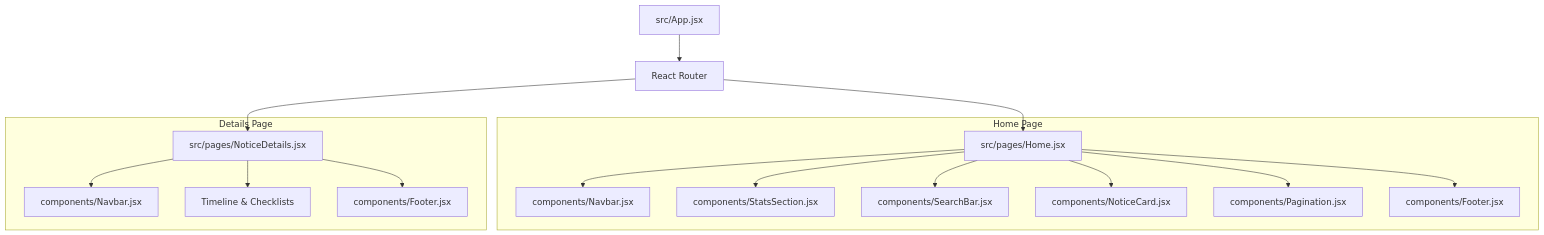
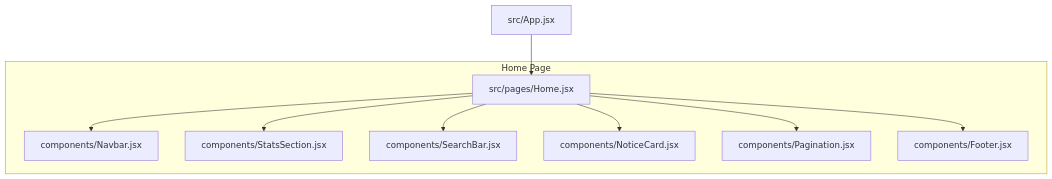
One commit to Harshita-Chy/Noice-AI_Notice_Summarizer changed the diagram in frontend/README.md. Above: the diagram before and after it, drawn with Mermaid. The commit also changed other lines of this file and 1 other file, not shown here.

Commit message:
docs: remove navigation from architecture diagrams

````diff
--- a/frontend/README.md
+++ b/frontend/README.md
@@ -24,21 +23,13 @@
 ```mermaid
 graph TD
-    App["src/App.jsx"] --> Router["React Router"]
-    Router --> Home["src/pages/Home.jsx"]
-    Router --> NoticeDetails["src/pages/NoticeDetails.jsx"]
+    App["src/App.jsx"] --> Home["src/pages/Home.jsx"]
     
     subgraph "Home Page"
         Home --> Navbar["components/Navbar.jsx"]
         Home --> StatsSection["components/StatsSection.jsx"]
         Home --> SearchBar["components/SearchBar.jsx"]
         Home --> NoticeCard["components/NoticeCard.jsx"]
         Home --> Pagination["components/Pagination.jsx"]
         Home --> Footer["components/Footer.jsx"]
     end
-    
-    subgraph "Details Page"
-        NoticeDetails --> DetailsNavbar["components/Navbar.jsx"]
-        NoticeDetails --> Checklist["Timeline & Checklists"]
-        NoticeDetails --> DetailsFooter["components/Footer.jsx"]
-    end
 ```
````
